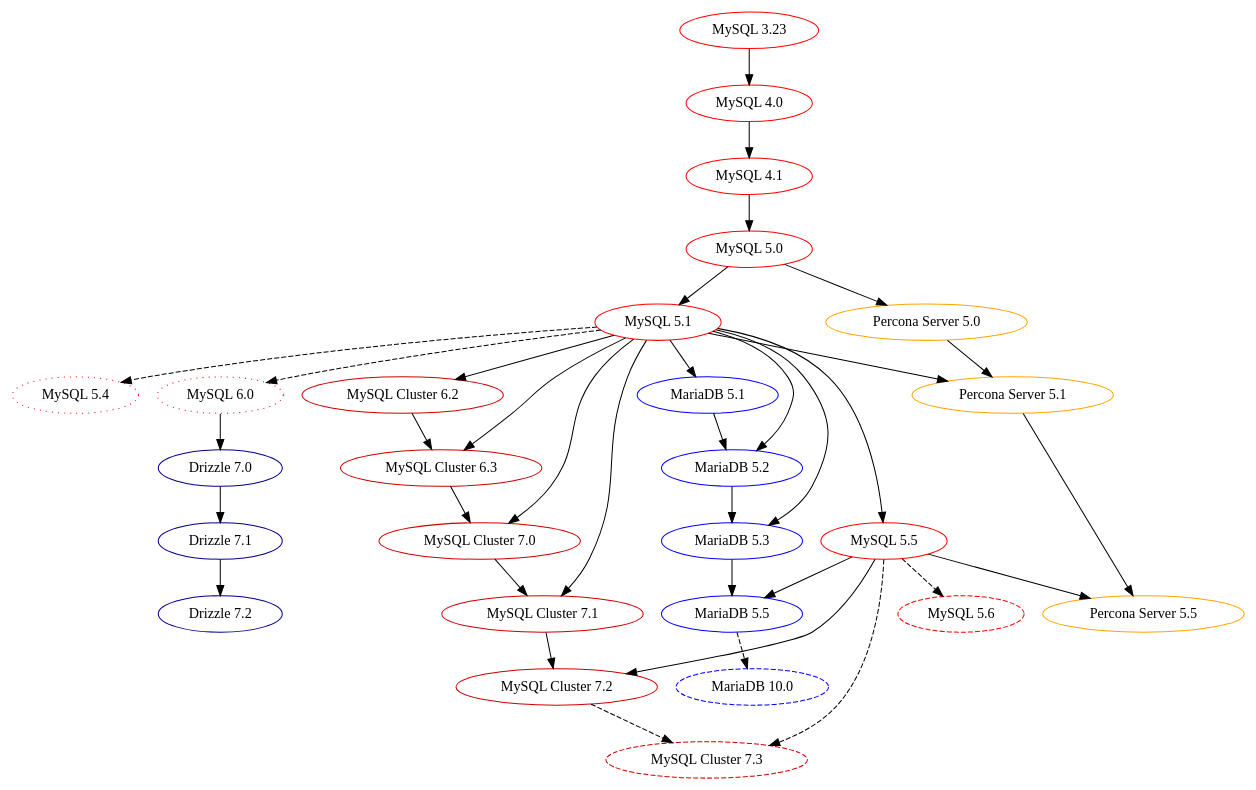
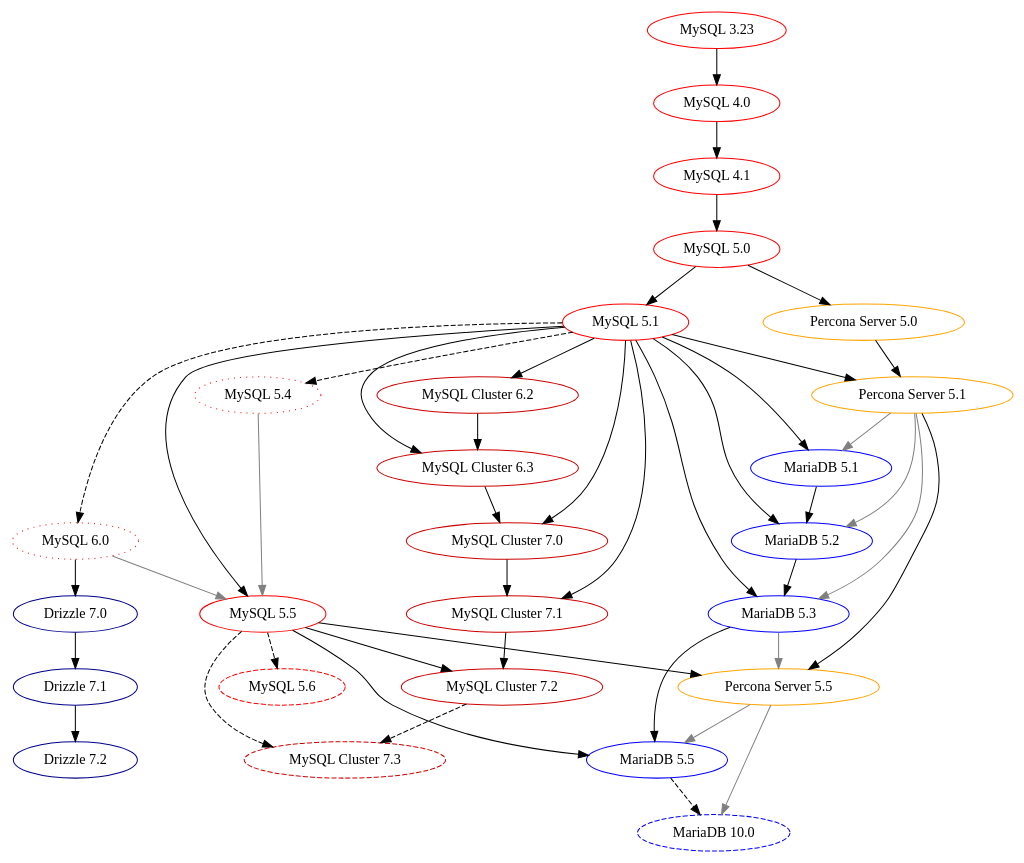
One commit to dveeden/mysql-history-graph changed the diagram in mysql-history-graph.dot. Above: the diagram before and after it, drawn with Graphviz. The commit also changed 2 other files, not shown here.

```diff
--- a/mysql-history-graph.dot
+++ b/mysql-history-graph.dot
@@ -1,84 +1,92 @@
 digraph mysql_history_graph {
 	/* Standards:
 	   Non-GA: 		dotted
 	   Abandoned: 		dotted 
 	   Oracle MySQL: 	red
 	   MySQL Cluster: 	red3
 	   MariaDB: 		blue
 	   Drizzle: 		blue4
 	   Percona Server: 	orange
 	*/
 
 	/* MySQL/Sun/Oracle MySQL GA */
 	"MySQL 3.23" [color="red"];
 	"MySQL 4.0" [color="red"];
 	"MySQL 4.1" [color="red"];
 	"MySQL 5.0" [color="red"];
 	"MySQL 5.1" [color="red"];
 	"MySQL 5.5" [color="red"];
 	"MySQL 3.23" -> "MySQL 4.0";
 	"MySQL 4.0" -> "MySQL 4.1";
 	"MySQL 4.1" -> "MySQL 5.0";
 	"MySQL 5.0" -> "MySQL 5.1";
 	"MySQL 5.1" -> "MySQL 5.5";
+	"MySQL 5.4" -> "MySQL 5.5" [color="grey"]; // InnoDB Scalability
+	"MySQL 6.0" -> "MySQL 5.5" [color="grey"]; // Optimizer improvements
 
 	/* MySQL/Sun/Oracle non-GA */	
 	"MySQL 5.4" [color="red",style="dotted"];
 	"MySQL 5.6" [color="red",style="dashed"];
 	"MySQL 6.0" [color="red",style="dotted"];
 	"MySQL 5.1" -> "MySQL 5.4" [style="dashed"];
 	"MySQL 5.5" -> "MySQL 5.6" [style="dashed"];
 	"MySQL 5.1" -> "MySQL 6.0" [style="dashed"];
 
 	/* MySQL Cluster (NDB) */
 	"MySQL Cluster 6.2" [color="red3"]
 	"MySQL Cluster 6.3" [color="red3"]
 	"MySQL Cluster 7.0" [color="red3"]
 	"MySQL Cluster 7.1" [color="red3"]
 	"MySQL Cluster 7.2" [color="red3"]
 	"MySQL Cluster 7.3"  [color="red3",style="dashed"];
 	"MySQL 5.1" -> "MySQL Cluster 6.2";
 	"MySQL 5.1" -> "MySQL Cluster 6.3";
 	"MySQL Cluster 6.2" -> "MySQL Cluster 6.3";
 	"MySQL 5.1" -> "MySQL Cluster 7.0";
 	"MySQL Cluster 6.3" -> "MySQL Cluster 7.0";
 	"MySQL 5.1" -> "MySQL Cluster 7.1";
 	"MySQL Cluster 7.0" -> "MySQL Cluster 7.1";
 	"MySQL 5.5" -> "MySQL Cluster 7.2";
 	"MySQL Cluster 7.1" -> "MySQL Cluster 7.2";
 	"MySQL 5.5" -> "MySQL Cluster 7.3" [style="dashed"];
 	"MySQL Cluster 7.2" -> "MySQL Cluster 7.3" [style="dashed"];
 
 	/* MariaDB */
 	"MariaDB 5.1" [color="blue"];
 	"MariaDB 5.2" [color="blue"];
 	"MariaDB 5.3" [color="blue"];
 	"MariaDB 5.5" [color="blue"];
 	"MariaDB 10.0" [color="blue", style="dashed"];
 	"MySQL 5.1" -> "MariaDB 5.1";
+	"Percona Server 5.1" -> "MariaDB 5.1" [color="grey"]; // XtraDB
 	"MySQL 5.1" -> "MariaDB 5.2";
 	"MariaDB 5.1" -> "MariaDB 5.2";
+	"Percona Server 5.1" -> "MariaDB 5.2" [color="grey"]; // XtraDB
 	"MySQL 5.1" -> "MariaDB 5.3";
 	"MariaDB 5.2" -> "MariaDB 5.3";
+	"Percona Server 5.1" -> "MariaDB 5.3" [color="grey"]; // XtraDB
 	"MySQL 5.5" -> "MariaDB 5.5";
 	"MariaDB 5.3" -> "MariaDB 5.5";
+	"Percona Server 5.5" -> "MariaDB 5.5" [color="grey"]; // XtraDB
 	"MariaDB 5.5" -> "MariaDB 10.0" [style="dashed"];
+	"Percona Server 5.5" -> "MariaDB 10.0" [color="grey"]; // XtraDB
 
 	/* Percona Server */
 	"Percona Server 5.0" [color="orange"];
 	"Percona Server 5.1" [color="orange"];
 	"Percona Server 5.5" [color="orange"];
 	"MySQL 5.0" -> "Percona Server 5.0";
 	"MySQL 5.1" -> "Percona Server 5.1";
 	"Percona Server 5.0" -> "Percona Server 5.1";
 	"MySQL 5.5" -> "Percona Server 5.5";
 	"Percona Server 5.1" -> "Percona Server 5.5";
+	"MariaDB 5.3" -> "Percona Server 5.5" [color="grey"]; // group commit
 
 	/* Drizzle */
 	"Drizzle 7.0" [color="blue4"];
 	"Drizzle 7.1" [color="blue4"];
 	"Drizzle 7.2" [color="blue4"];
 	"MySQL 6.0" -> "Drizzle 7.0"	
 	"Drizzle 7.0" -> "Drizzle 7.1"	
 	"Drizzle 7.1" -> "Drizzle 7.2"	
 }
```
